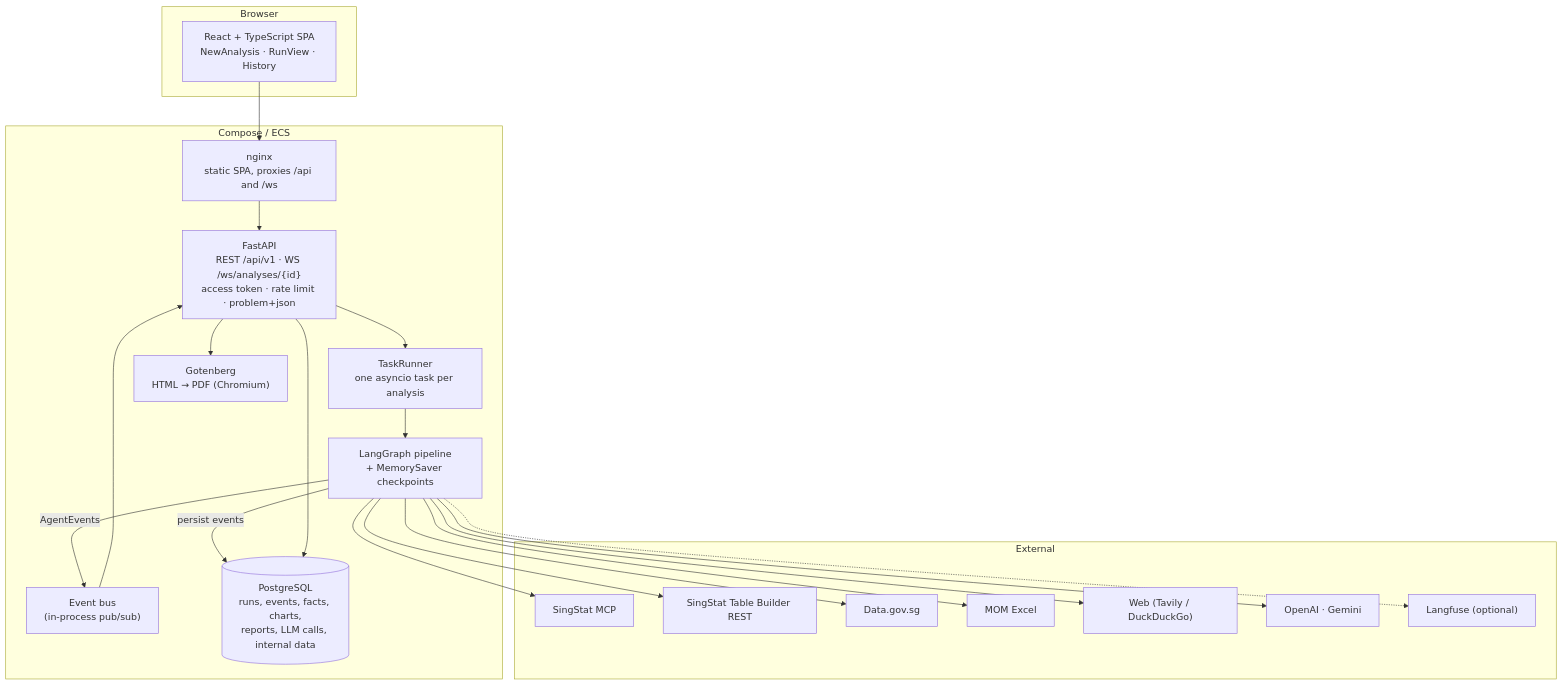
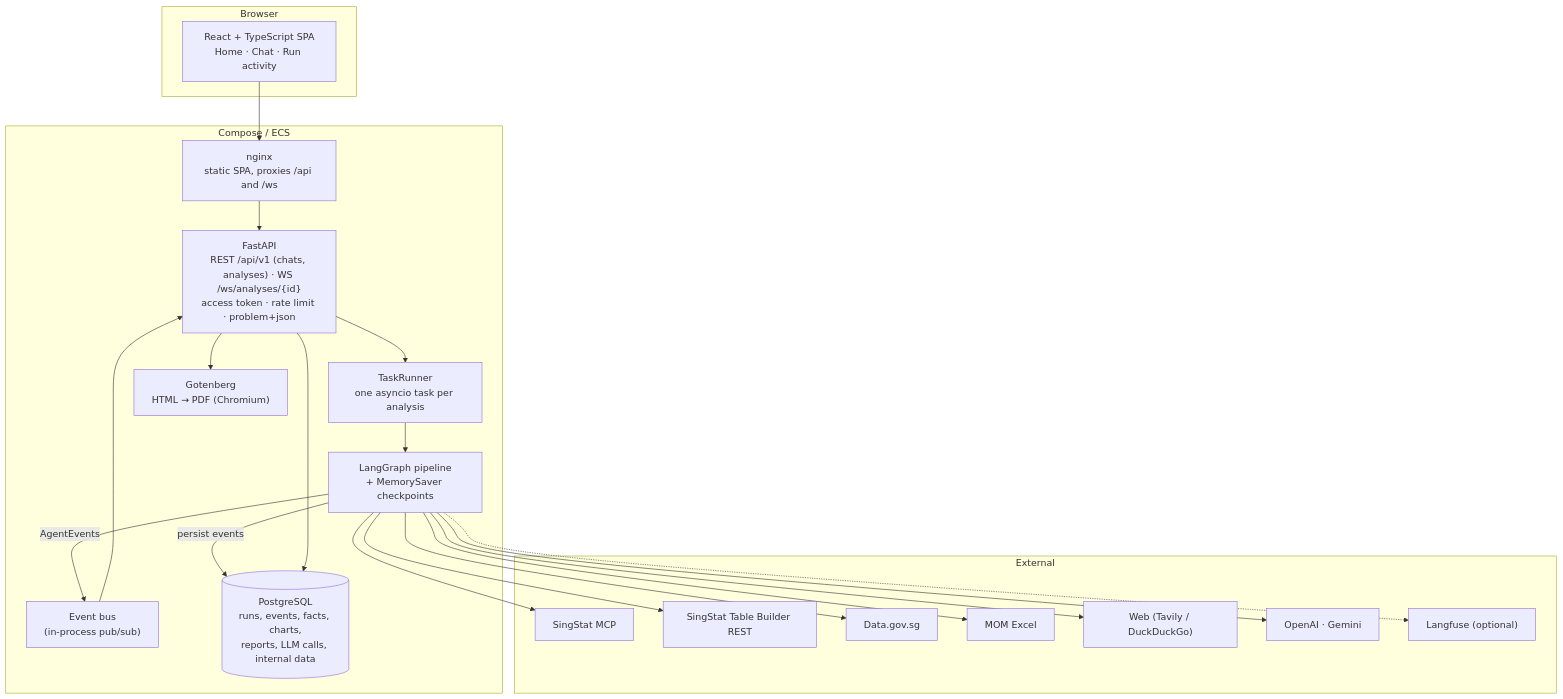
One commit to weikiat98/tech-assignment changed the first of 4 diagrams in ARCHITECTURE.md. Above: the diagram before and after it, drawn with Mermaid. The commit also changed other lines of this file and 17 other files, not shown here.

````diff
--- a/ARCHITECTURE.md
+++ b/ARCHITECTURE.md
@@ -5,32 +5,32 @@
 ```mermaid
 flowchart TB
     subgraph Browser
-        UI["React + TypeScript SPA<br/>NewAnalysis · RunView · History"]
+        UI["React + TypeScript SPA<br/>Home · Chat · Run activity"]
     end
     subgraph Compose / ECS
         NG["nginx<br/>static SPA, proxies /api and /ws"]
-        API["FastAPI<br/>REST /api/v1 · WS /ws/analyses/{id}<br/>access token · rate limit · problem+json"]
+        API["FastAPI<br/>REST /api/v1 (chats, analyses) · WS /ws/analyses/{id}<br/>access token · rate limit · problem+json"]
         RUN["TaskRunner<br/>one asyncio task per analysis"]
         BUS["Event bus<br/>(in-process pub/sub)"]
         G["LangGraph pipeline<br/>+ MemorySaver checkpoints"]
         GOT["Gotenberg<br/>HTML → PDF (Chromium)"]
         PG[("PostgreSQL<br/>runs, events, facts, charts,<br/>reports, LLM calls, internal data")]
     end
     subgraph External
         MCP["SingStat MCP"]
         REST["SingStat Table Builder REST"]
         DG["Data.gov.sg"]
         MOM["MOM Excel"]
         WEB["Web (Tavily / DuckDuckGo)"]
         LLM["OpenAI · Gemini"]
         LF["Langfuse (optional)"]
     end
     UI --> NG --> API
     API --> RUN --> G
     G -- AgentEvents --> BUS --> API
     G -- persist events --> PG
     API --> PG
     API --> GOT
     G --> MCP & REST & DG & MOM & WEB & LLM
     G -.-> LF
 ```
````
